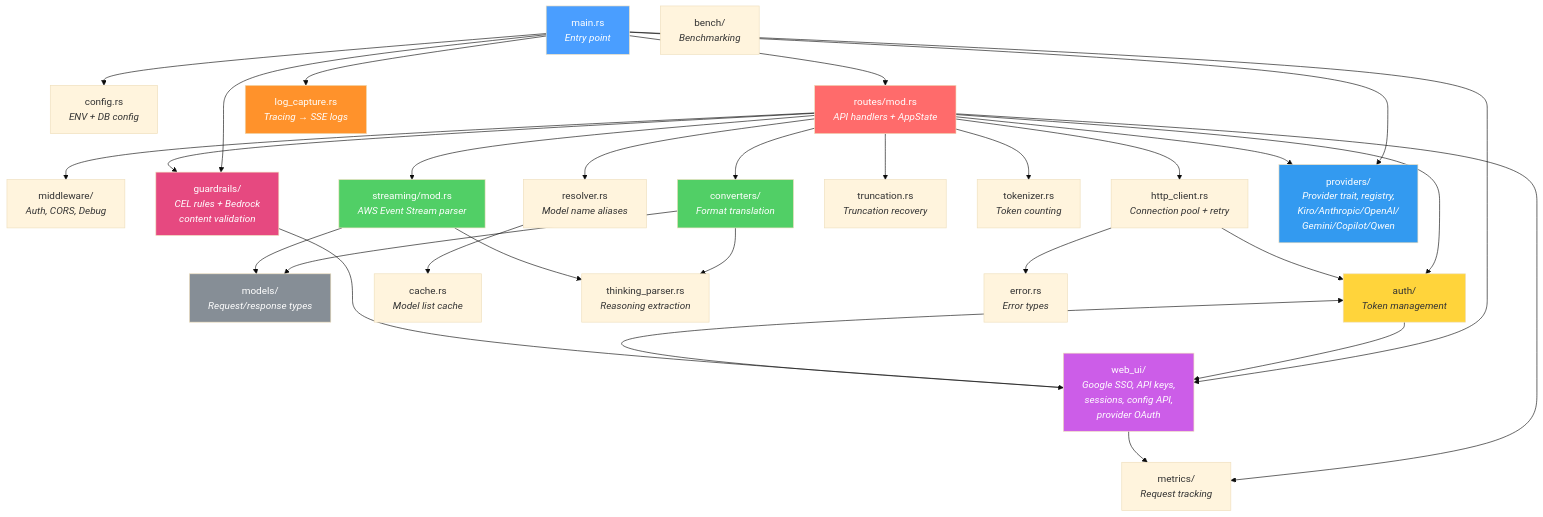
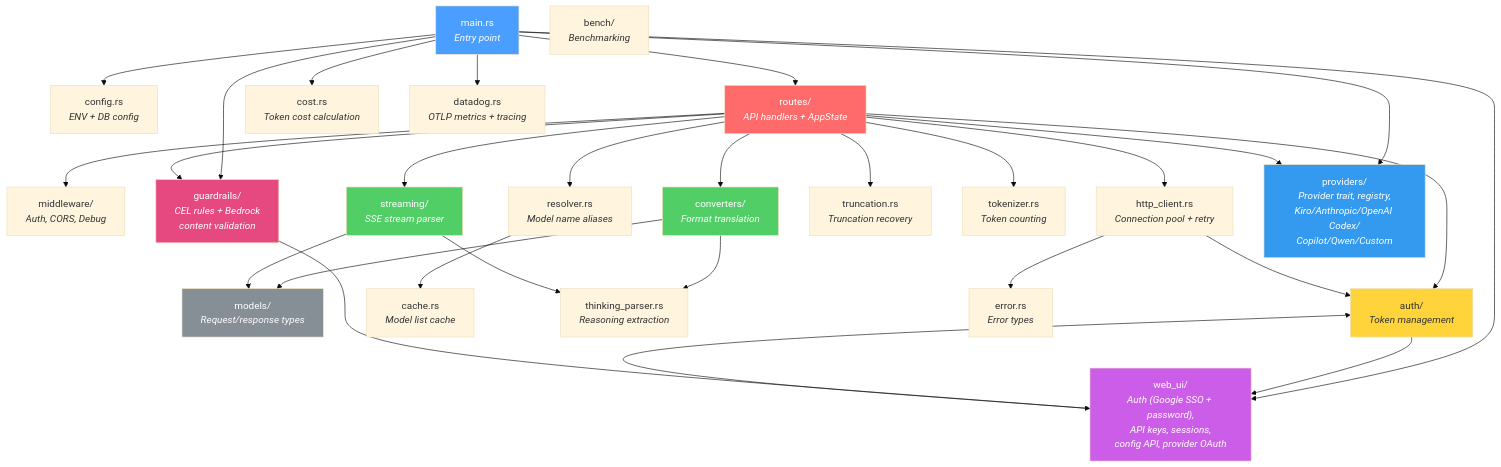
Before and after one commit to wongtsejian/rkgw: the diagram in gh-pages/docs/modules.md, drawn with Mermaid (base theme). The commit also changed other lines of this file and 15 other files, not shown here.

````diff
--- a/gh-pages/docs/modules.md
+++ b/gh-pages/docs/modules.md
@@ -24,72 +24,70 @@
 ```mermaid
 graph TD
     main["main.rs<br/><i>Entry point</i>"]
     config["config.rs<br/><i>ENV + DB config</i>"]
-    routes["routes/mod.rs<br/><i>API handlers + AppState</i>"]
+    routes["routes/<br/><i>API handlers + AppState</i>"]
     middleware["middleware/<br/><i>Auth, CORS, Debug</i>"]
     converters["converters/<br/><i>Format translation</i>"]
     models["models/<br/><i>Request/response types</i>"]
     auth["auth/<br/><i>Token management</i>"]
-    streaming["streaming/mod.rs<br/><i>AWS Event Stream parser</i>"]
+    streaming["streaming/<br/><i>SSE stream parser</i>"]
     http_client["http_client.rs<br/><i>Connection pool + retry</i>"]
     resolver["resolver.rs<br/><i>Model name aliases</i>"]
     cache["cache.rs<br/><i>Model list cache</i>"]
-    metrics["metrics/<br/><i>Request tracking</i>"]
-    web_ui["web_ui/<br/><i>Google SSO, API keys,<br/>sessions, config API,<br/>provider OAuth</i>"]
-    log_capture["log_capture.rs<br/><i>Tracing → SSE logs</i>"]
+    web_ui["web_ui/<br/><i>Auth (Google SSO + password),<br/>API keys, sessions,<br/>config API, provider OAuth</i>"]
     truncation["truncation.rs<br/><i>Truncation recovery</i>"]
     thinking["thinking_parser.rs<br/><i>Reasoning extraction</i>"]
     tokenizer["tokenizer.rs<br/><i>Token counting</i>"]
     error["error.rs<br/><i>Error types</i>"]
     bench["bench/<br/><i>Benchmarking</i>"]
     guardrails["guardrails/<br/><i>CEL rules + Bedrock<br/>content validation</i>"]
-    providers["providers/<br/><i>Provider trait, registry,<br/>Kiro/Anthropic/OpenAI/<br/>Gemini/Copilot/Qwen</i>"]
+    providers["providers/<br/><i>Provider trait, registry,<br/>Kiro/Anthropic/OpenAI Codex/<br/>Copilot/Qwen/Custom</i>"]
+    cost["cost.rs<br/><i>Token cost calculation</i>"]
+    datadog["datadog.rs<br/><i>OTLP metrics + tracing</i>"]
 
     main --> config
     main --> routes
     main --> web_ui
-    main --> log_capture
     main --> guardrails
     main --> providers
+    main --> cost
+    main --> datadog
 
     routes --> middleware
     routes --> converters
     routes --> auth
     routes --> http_client
     routes --> streaming
     routes --> resolver
-    routes --> metrics
     routes --> truncation
     routes --> tokenizer
     routes --> guardrails
     routes --> providers
 
     converters --> models
     converters --> thinking
 
     streaming --> models
     streaming --> thinking
 
     auth --> web_ui
 
     resolver --> cache
 
-    web_ui --> metrics
     web_ui --> auth
 
     http_client --> auth
     http_client --> error
 
     guardrails --> web_ui
 
     style main fill:#4a9eff,color:#fff
     style routes fill:#ff6b6b,color:#fff
     style converters fill:#51cf66,color:#fff
     style streaming fill:#51cf66,color:#fff
     style auth fill:#ffd43b,color:#333
     style web_ui fill:#cc5de8,color:#fff
     style models fill:#868e96,color:#fff
-    style log_capture fill:#ff922b,color:#fff
     style guardrails fill:#e64980,color:#fff
     style providers fill:#339af0,color:#fff
 ```
````
